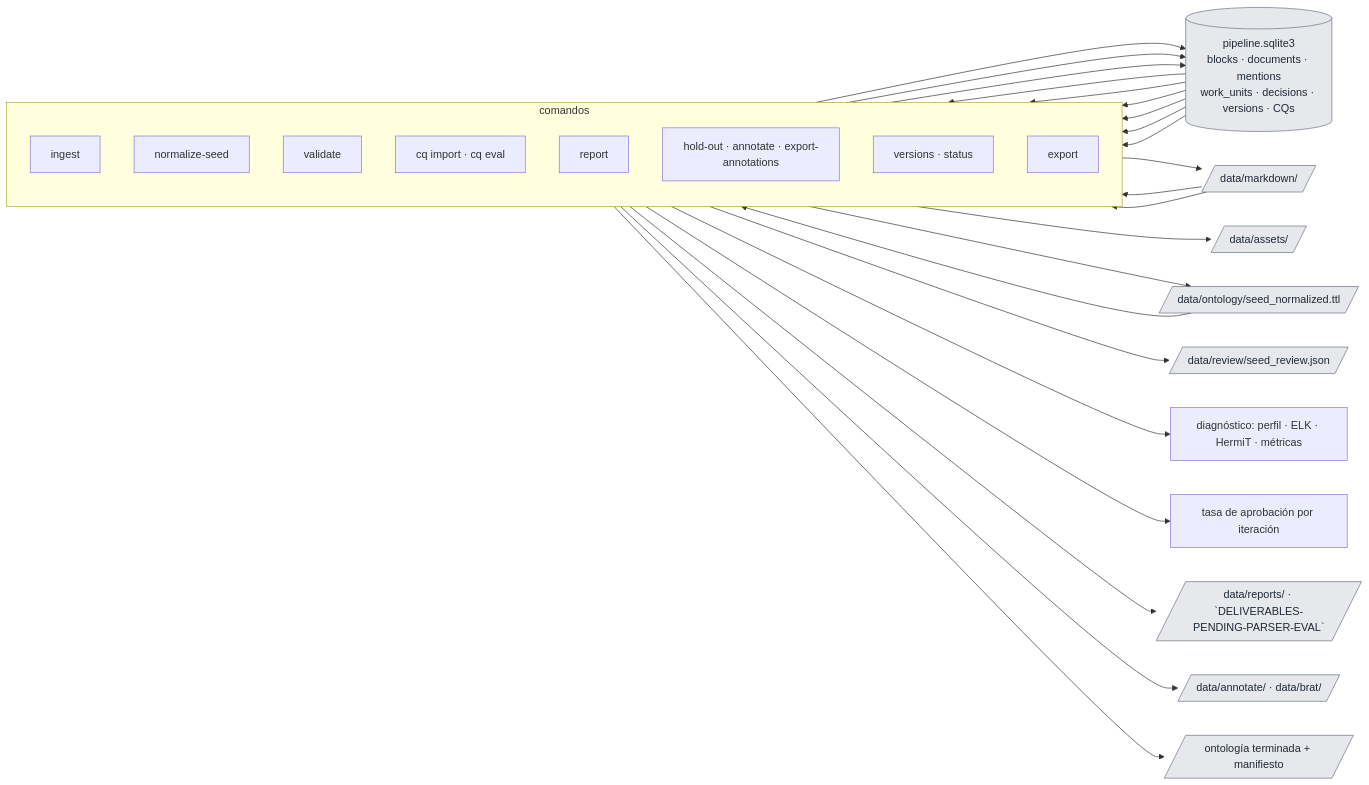
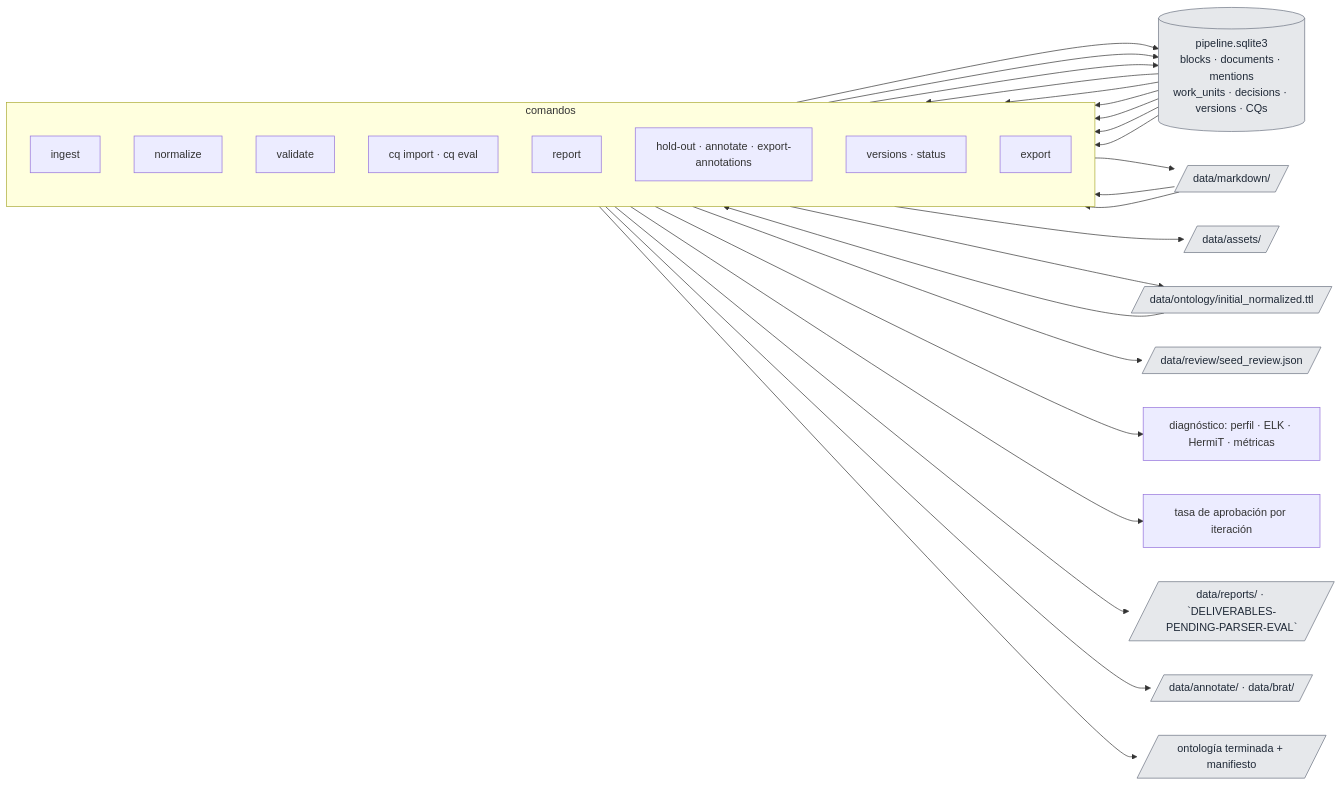
Before and after one commit to gonzatorte/ontology_and_llm_pipeline: the second of 3 diagrams in README.md, drawn with Mermaid. The commit also changed other lines of this file and 37 other files, not shown here.

````diff
--- a/README.md
+++ b/README.md
@@ -333,45 +333,45 @@
 ```mermaid
 flowchart LR
   subgraph C["comandos"]
     direction TB
     i["ingest"]
-    n["normalize-seed"]
+    n["normalize"]
     v["validate"]
     q["cq import · cq eval"]
     r["report"]
     a["hold-out · annotate · export-annotations"]
     s["versions · status"]
     e["export"]
   end
 
   db[("pipeline.sqlite3<br/>blocks · documents · mentions<br/>work_units · decisions · versions · CQs")]
   md[/"data/markdown/"/]
   as[/"data/assets/"/]
-  on[/"data/ontology/seed_normalized.ttl"/]
+  on[/"data/ontology/initial_normalized.ttl"/]
   rv[/"data/review/seed_review.json"/]
   rp[/"data/reports/ · `DELIVERABLES-PENDING-PARSER-EVAL`"/]
   an[/"data/annotate/ · data/brat/"/]
   ex[/"ontología terminada + manifiesto"/]
   di["diagnóstico: perfil · ELK · HermiT · métricas"]
   pr["tasa de aprobación por iteración"]
 
   i --> db
   i --> md
   i --> as
   n --> on
   n --> rv
   n --> db
   db --> v
   on --> v --> di
   q --> db
   db --> q --> pr
   db --> r --> rp
   md --> r
   db --> a --> an
   md --> a
   db --> s
   db --> e --> ex
 
   classDef store fill:#e6e8eb,stroke:#6b7280,color:#1f2937
   class db,md,as,on,rv,rp,an,ex store
 ```
````
